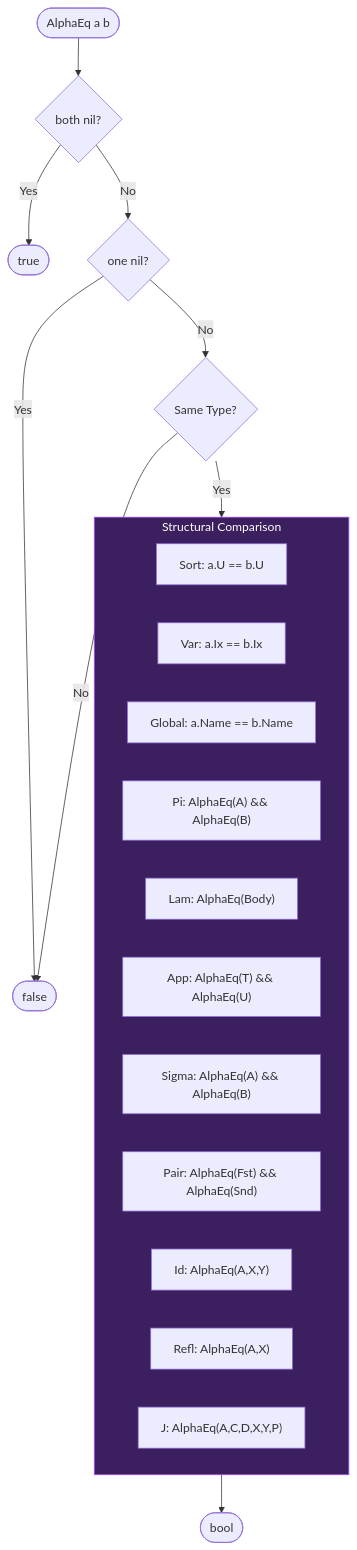
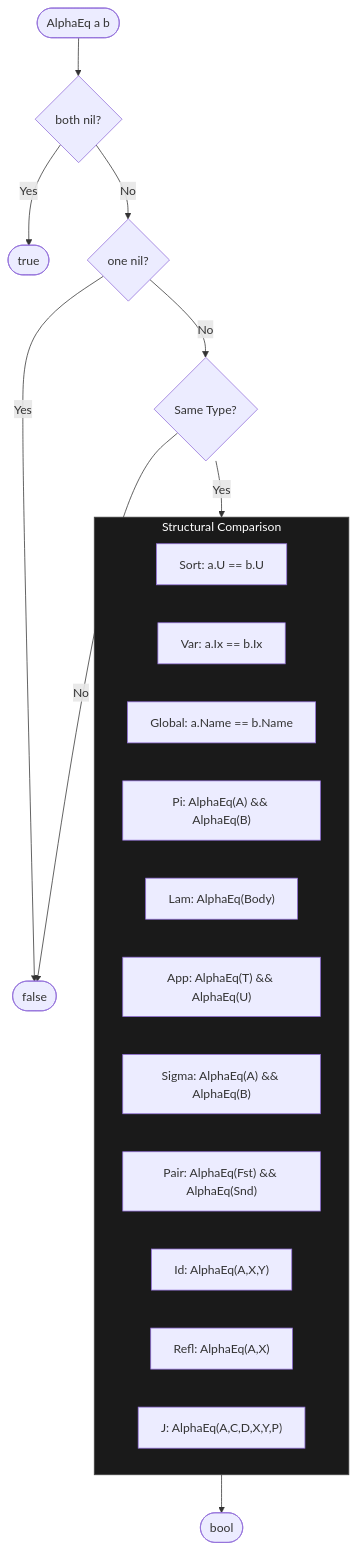
Before and after one commit to watchthelight/HypergraphGo: diagram 18 of 23 in DIAGRAMS.md, drawn with Mermaid. The commit also changed other lines of this file, not shown here.

First line of the commit message:
docs(diagrams): use uniform dark color scheme

````diff
--- a/DIAGRAMS.md
+++ b/DIAGRAMS.md
@@ -1199,30 +1199,30 @@
 ```mermaid
 flowchart TB
     Start([AlphaEq a b]) --> NilCheck{both nil?}
     NilCheck -->|Yes| ReturnTrue([true])
     NilCheck -->|No| OneNil{one nil?}
     OneNil -->|Yes| ReturnFalse([false])
     OneNil -->|No| TypeMatch
 
     TypeMatch{Same Type?}
     TypeMatch -->|No| ReturnFalse
     TypeMatch -->|Yes| Compare
 
     subgraph Compare["Structural Comparison"]
         C1["Sort: a.U == b.U"]
         C2["Var: a.Ix == b.Ix"]
         C3["Global: a.Name == b.Name"]
         C4["Pi: AlphaEq(A) && AlphaEq(B)"]
         C5["Lam: AlphaEq(Body)"]
         C6["App: AlphaEq(T) && AlphaEq(U)"]
         C7["Sigma: AlphaEq(A) && AlphaEq(B)"]
         C8["Pair: AlphaEq(Fst) && AlphaEq(Snd)"]
         C9["Id: AlphaEq(A,X,Y)"]
         C10["Refl: AlphaEq(A,X)"]
         C11["J: AlphaEq(A,C,D,X,Y,P)"]
     end
 
     Compare --> Result([bool])
 
-    style Compare fill:#3b1f5f,stroke:#a855f7,color:#fff
+    style Compare fill:#1a1a1a,stroke:#444,color:#fff
 ```
````
